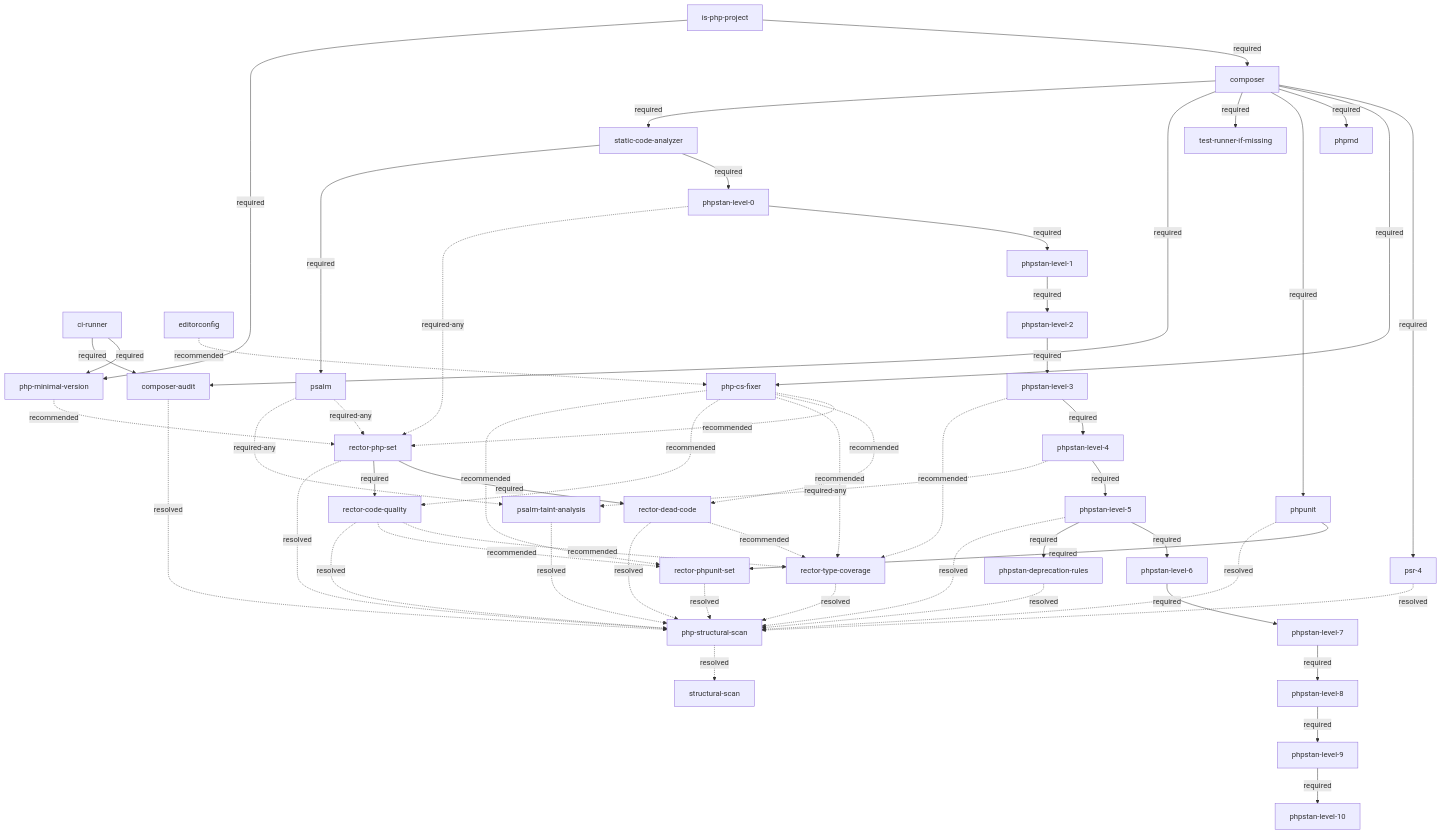
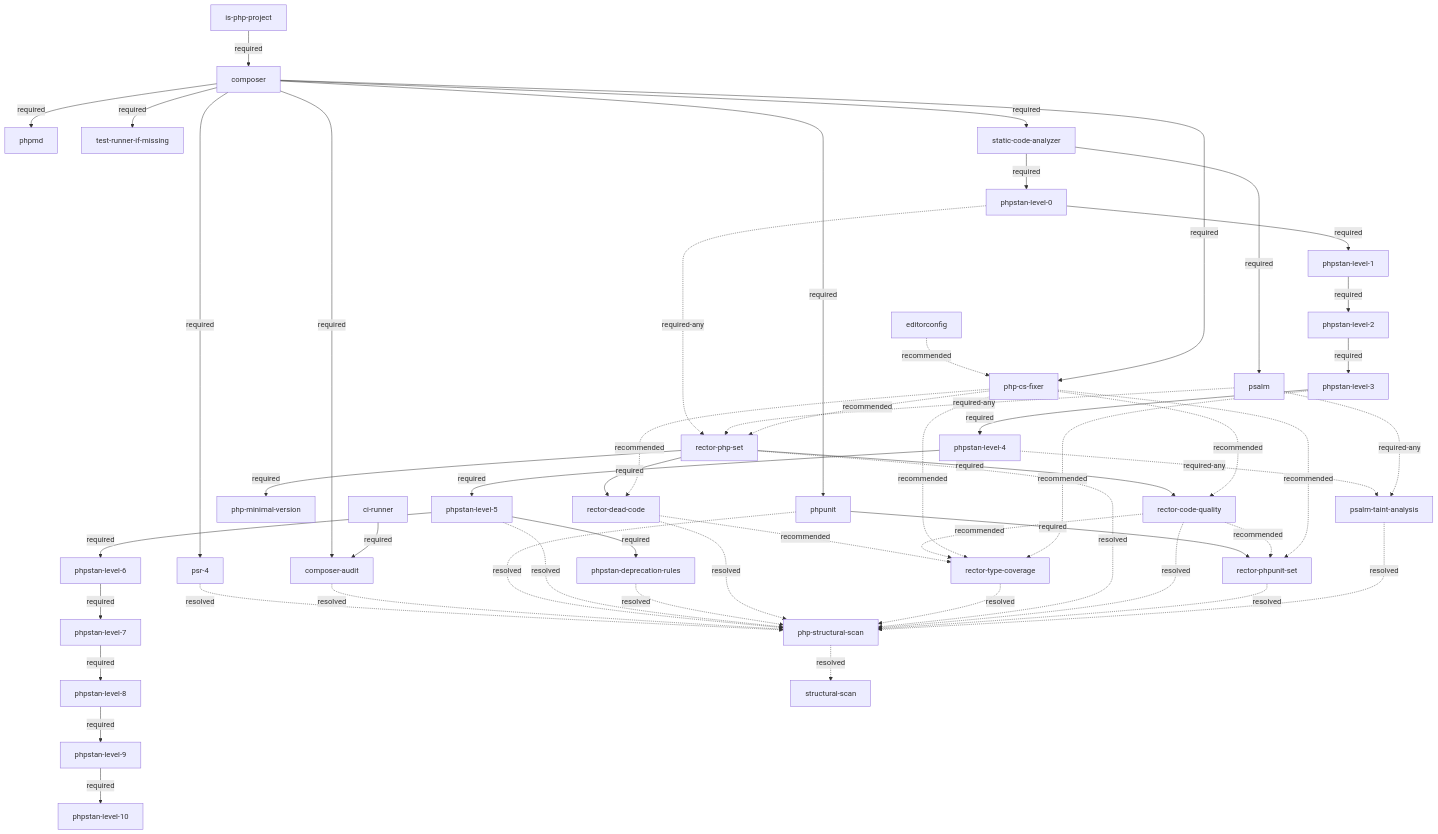
The diagram in skills/refactor-scan/references/php-tooling-tree.md (Art4/continuous-refactoring), drawn with Mermaid before and after one commit. The commit also changed other lines of this file and 18 other files, not shown here.

```diff
--- a/skills/refactor-scan/references/php-tooling-tree.md
+++ b/skills/refactor-scan/references/php-tooling-tree.md
@@ -41,8 +41,6 @@
     ss[structural-scan]
 
     ipp -->|required| comp
-    ipp -->|required| pmv
-    ci -->|required| pmv
     comp -->|required| psr4
     edc -.->|recommended| cs
     comp -->|required| cs
@@ -67,10 +65,10 @@
     p5 -->|required| dep
     p0 -.->|required-any| rps
     psalm -.->|required-any| rps
-    pmv -.->|recommended| rps
     cs -.->|recommended| rps
     rps -->|required| rdc
     rps -->|required| rcq
+    rps -->|required| pmv
     unit -->|required| rpu
     rdc -.->|recommended| rtc
     rcq -.->|recommended| rtc
```
